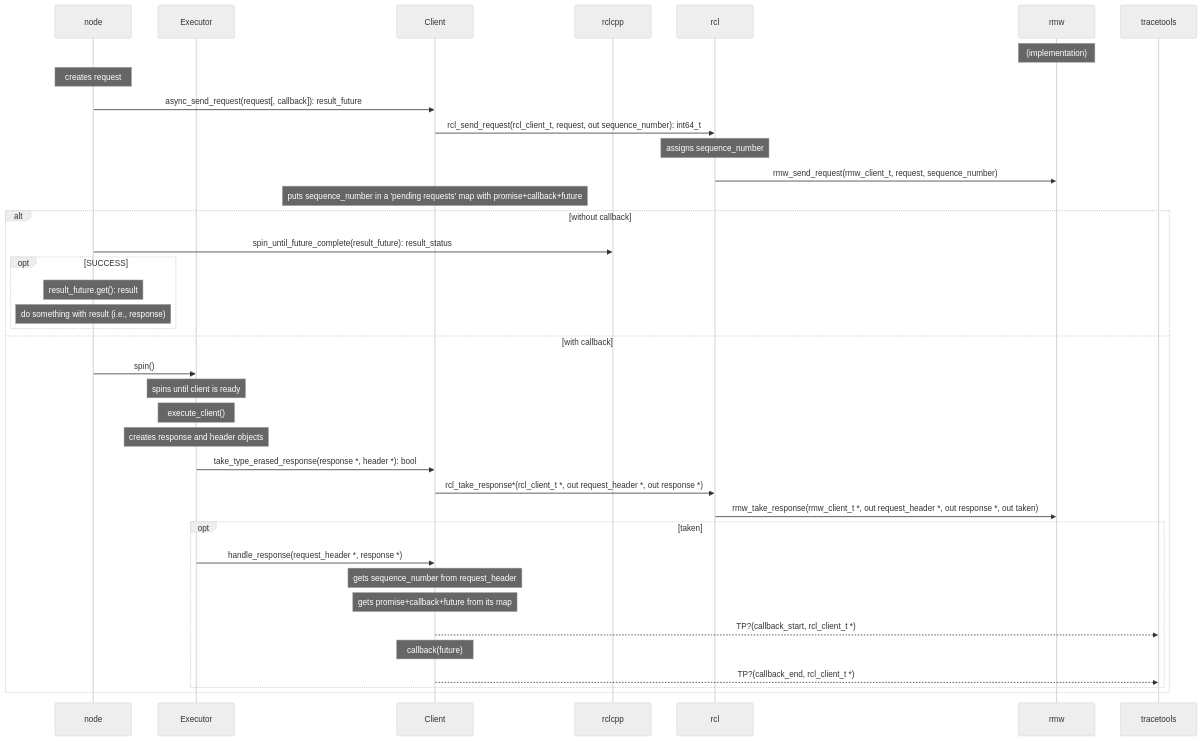
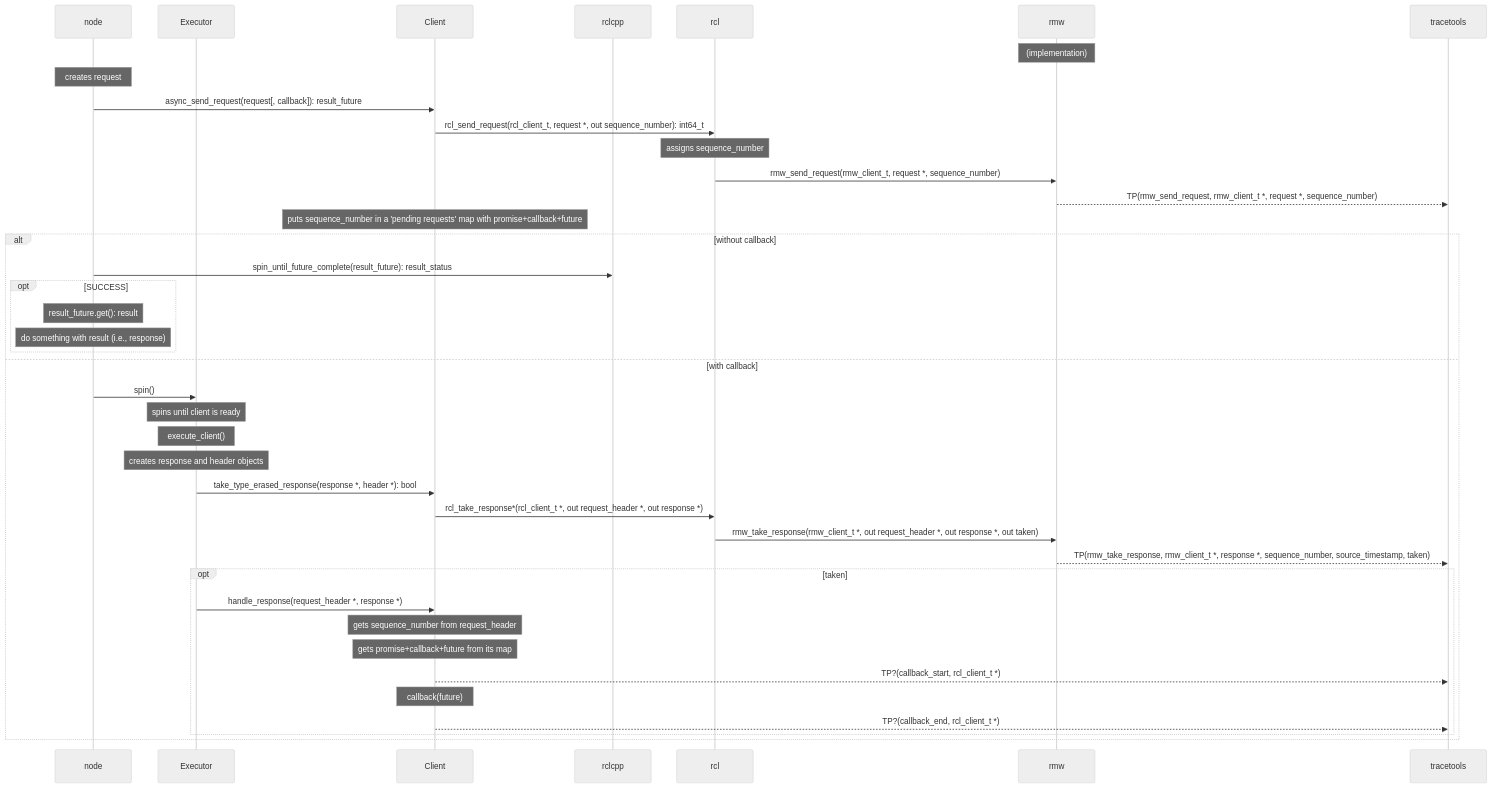
One commit to ros2-gbp/ros2_tracing-release changed diagram 14 of 20 in doc/design_ros_2.md. Above: the diagram before and after it, drawn with Mermaid (neutral theme). The commit also changed other lines of this file and 60 other files, not shown here.

````diff
--- a/doc/design_ros_2.md
+++ b/doc/design_ros_2.md
@@ -719,49 +731,49 @@
 ```mermaid
 sequenceDiagram
     participant node
     participant Executor
     participant Client
     participant rclcpp
     participant rcl
     participant rmw
     participant tracetools
 
     Note over rmw: (implementation)
 
     Note over node: creates request
     node->>Client: async_send_request(request[, callback]): result_future
-    Client->>rcl: rcl_send_request(rcl_client_t, request, out sequence_number): int64_t
+    Client->>rcl: rcl_send_request(rcl_client_t, request *, out sequence_number): int64_t
     Note over rcl: assigns sequence_number
     %% rcl-->>tracetools: TP(rcl_send_request, rcl_client_t *, sequence_number)
-    rcl->>rmw: rmw_send_request(rmw_client_t, request, sequence_number)
-    %% rmw-->>tracetools: TP(rmw_send_request, sequence_number)
+    rcl->>rmw: rmw_send_request(rmw_client_t, request *, sequence_number)
+    rmw-->>tracetools: TP(rmw_send_request, rmw_client_t *, request *, sequence_number)
     Note over Client: puts sequence_number in a 'pending requests' map with promise+callback+future
 
     alt without callback
         node->>rclcpp: spin_until_future_complete(result_future): result_status
         opt SUCCESS
             Note over node: result_future.get(): result
             Note over node: do something with result (i.e., response)
         end
     else with callback
         node->>Executor: spin()
         Note over Executor: spins until client is ready
 
         %% Executor-->>tracetools: TP(rclcpp_executor_execute, rcl_client_t *)
         Note over Executor: execute_client()
         Note over Executor: creates response and header objects
         Executor->>Client: take_type_erased_response(response *, header *): bool
         Client->>rcl: rcl_take_response*(rcl_client_t *, out request_header *, out response *)
         rcl->>rmw: rmw_take_response(rmw_client_t *, out request_header *, out response *, out taken)
-        %% rmw-->>tracetools: TP(rmw_take_response)
+        rmw-->>tracetools: TP(rmw_take_response, rmw_client_t *, response *, sequence_number, source_timestamp, taken)
         %% rcl-->>tracetools: TP(rcl_take_response)
         opt taken
             Executor->>Client: handle_response(request_header *, response *)
             Note over Client: gets sequence_number from request_header
             Note over Client: gets promise+callback+future from its map
             Client-->>tracetools: TP?(callback_start, rcl_client_t *)
             Note over Client: callback(future)
             Client-->>tracetools: TP?(callback_end, rcl_client_t *)
         end
     end
 ```
````
